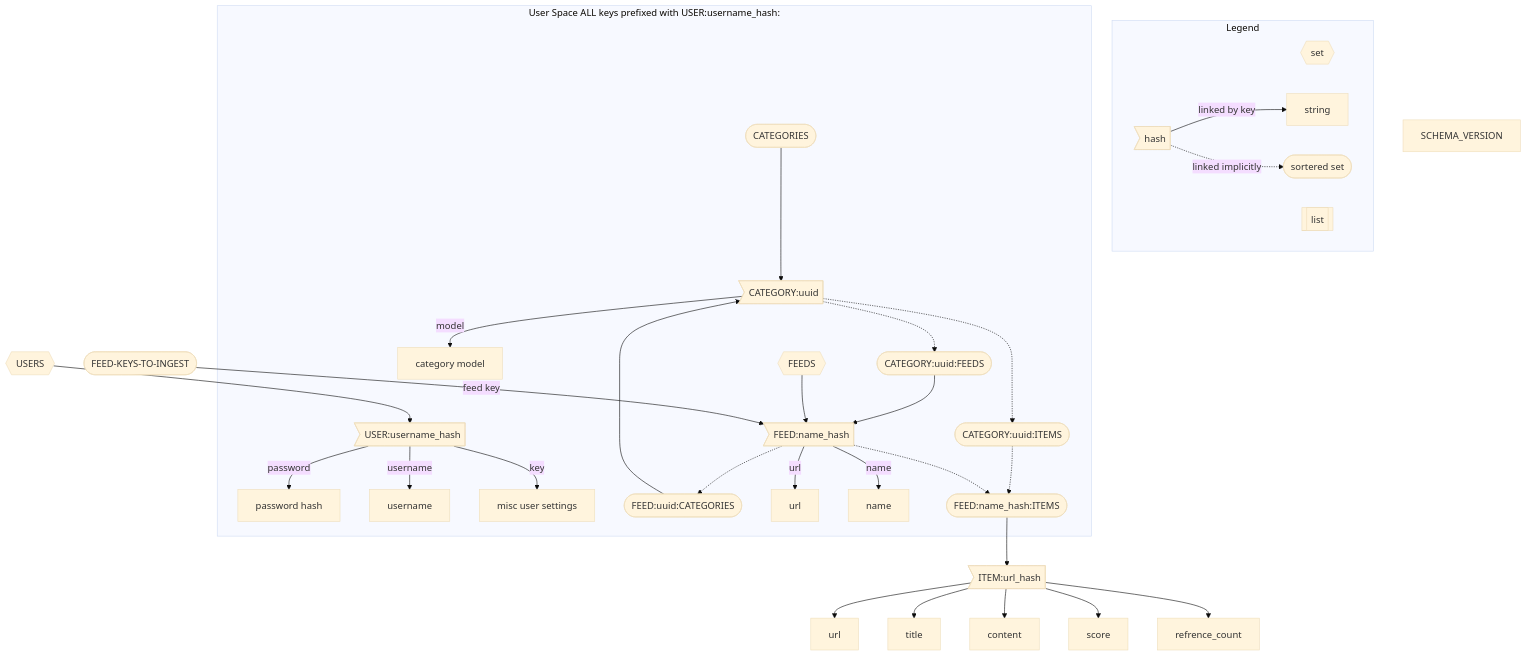
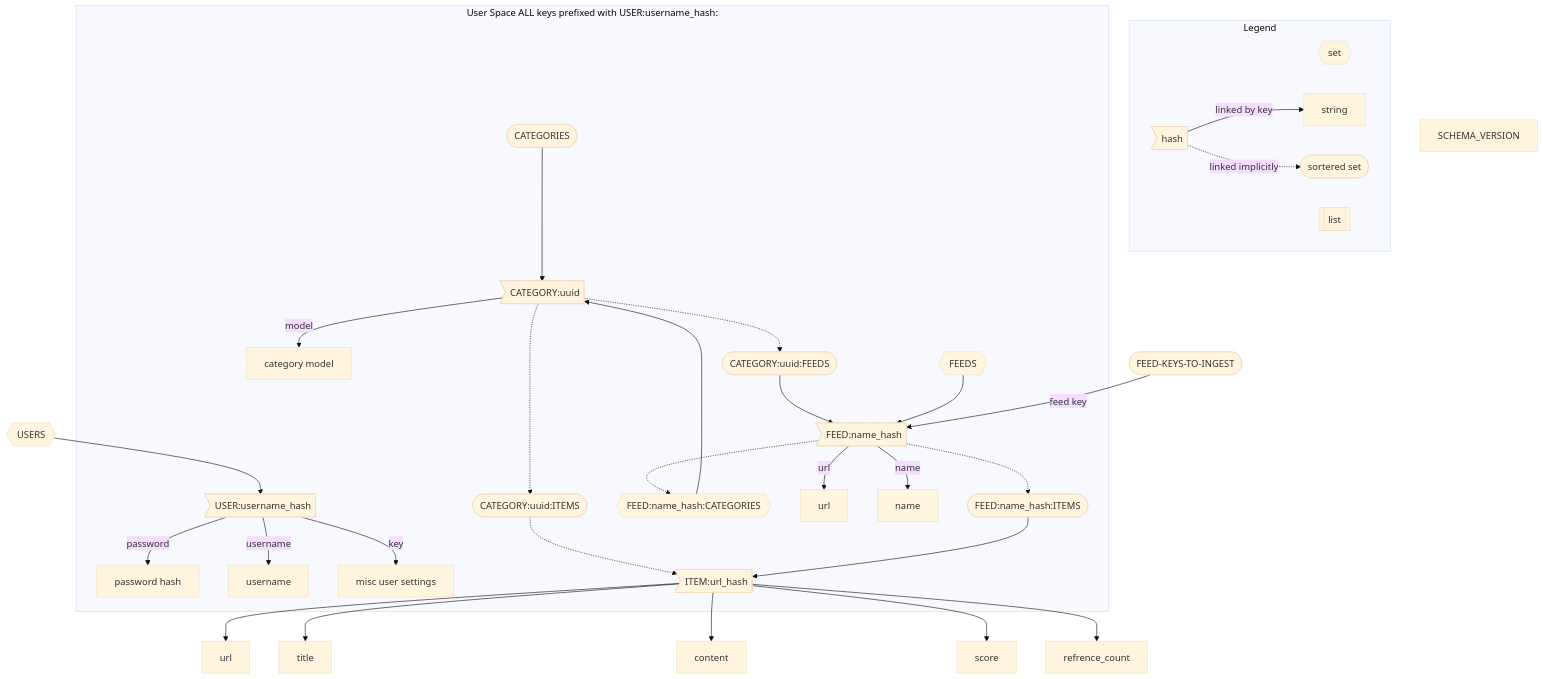
The diagram in README.md (mullinmax/aggy), drawn with Mermaid (base theme) before and after one commit. The commit also changed 3 other files, not shown here.

````diff
--- a/README.md
+++ b/README.md
@@ -24,62 +24,62 @@
 ```mermaid
 flowchart TB
 
     subgraph Legend
         direction LR
         set{{set}}
         sorted_set([sortered set])
         string[string]
         hash>hash]
         list[[list]]
         hash --linked by key-->string
         hash -.linked implicitly.-> sorted_set
     end
 
     subgraph User Space ALL keys prefixed with USER:username_hash:
         user>USER:username_hash] 
         user--password--> password_hash[password hash]
         user--username--> username[username]
         user--key-->misc_user_settings[misc user settings]
         
         categories([CATEGORIES])
         category>CATEGORY:uuid]
         category_model[category model]
         category_feeds([CATEGORY:uuid:FEEDS])
         category_items([CATEGORY:uuid:ITEMS])
-        feed_categories([FEED:uuid:CATEGORIES])
+        feed_categories{{FEED:name_hash:CATEGORIES}}
         feeds{{FEEDS}}
         feed>FEED:name_hash]
         feed_url[url]
         feed_name[name]
         items([FEED:name_hash:ITEMS])
 
         
         categories --> category
         
         category --model--> category_model
         category -.-> category_items
         category -.-> category_feeds
         category_feeds --> feed
-        category_items -.-> items
+        category_items -.-> item
         feeds --> feed
         feed -.-> feed_categories
         feed_categories --> category
         feed --url--> feed_url
         feed --name--> feed_name
         feed -.-> items
 
         
     end
 
     items-->item
     item>ITEM:url_hash]
     item-->url
     item-->title
     item-->content
     item-->score
     item-->refrence_count
     schema_version[SCHEMA_VERSION]
     users{{USERS}} --> user
     feeds_to_ingest([FEED-KEYS-TO-INGEST]) --feed key--> feed
 
 ```
````
